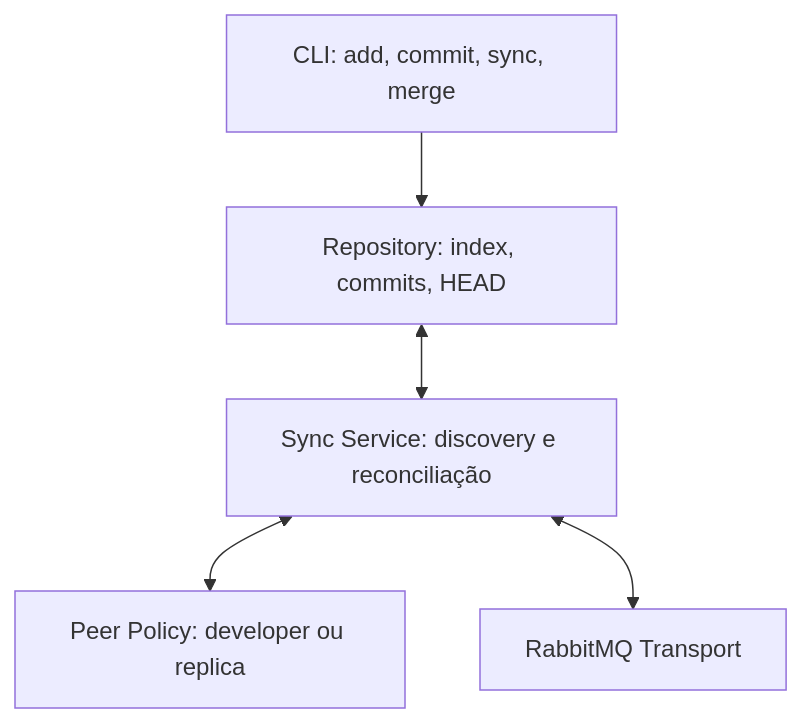
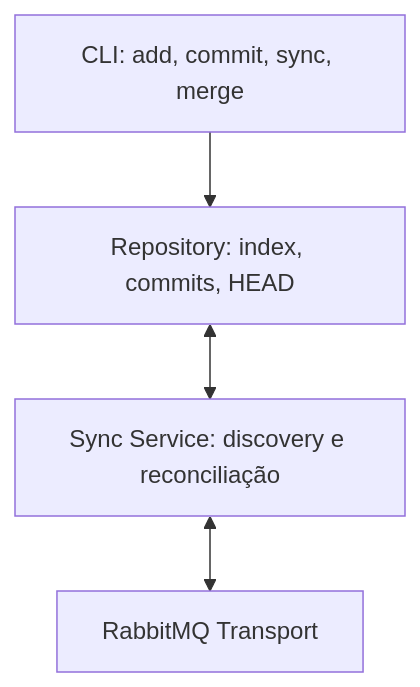
Before and after one commit to lemuel-manske/fit: the first of 10 diagrams in README.md, drawn with Mermaid. The commit also changed other lines of this file, not shown here.

````diff
--- a/README.md
+++ b/README.md
@@ -106,13 +121,11 @@
 ```mermaid
 flowchart TB
     CLI["CLI: add, commit, sync, merge"]
     Repo["Repository: index, commits, HEAD"]
     Sync["Sync Service: discovery e reconciliação"]
-    Policy["Peer Policy: developer ou replica"]
     MQ["RabbitMQ Transport"]
 
     CLI --> Repo
     Repo <--> Sync
-    Sync <--> Policy
     Sync <--> MQ
 ```
````
